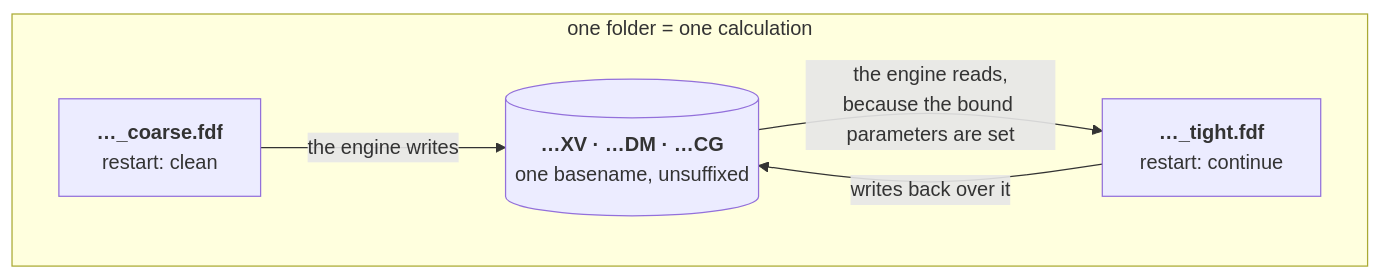
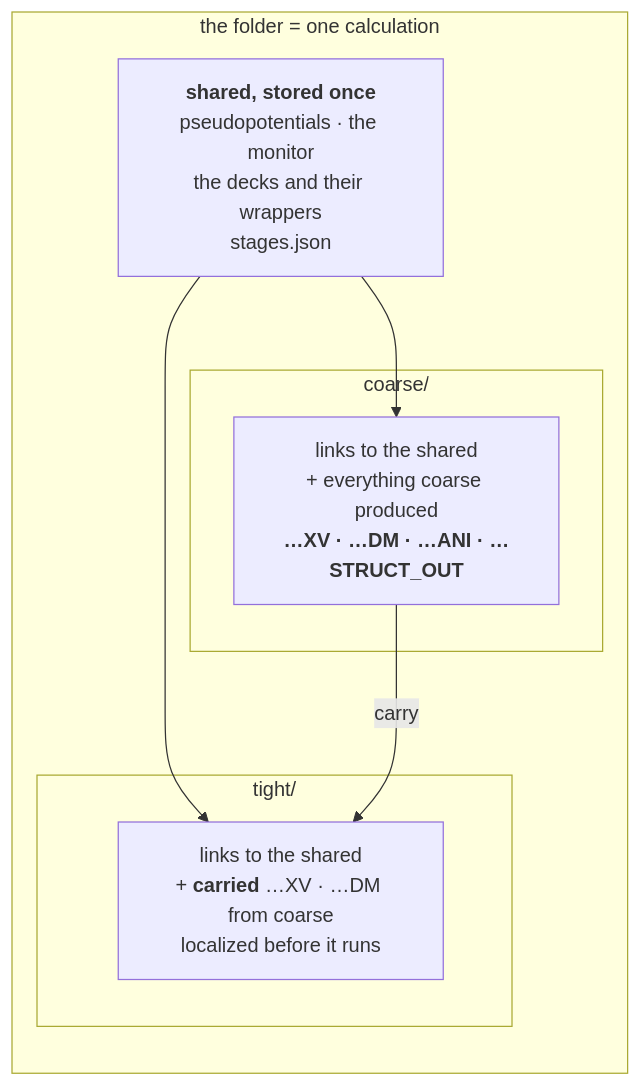
One commit to Qing-LAB/molbuilder changed the first of 2 diagrams in docs/web/staged-runs-architecture.md. Above: the diagram before and after it, drawn with Mermaid. The commit also changed other lines of this file and 3 other files, not shown here.

````diff
--- a/docs/web/staged-runs-architecture.md
+++ b/docs/web/staged-runs-architecture.md
@@ -95,12 +96,16 @@
 ```mermaid
-flowchart LR
-    subgraph F["one folder = one calculation"]
-      direction LR
-      C["<b>…_coarse.fdf</b><br/>restart: clean"]
-      W[("<b>…XV · …DM · …CG</b><br/>one basename, unsuffixed")]
-      T["<b>…_tight.fdf</b><br/>restart: continue"]
+flowchart TB
+    subgraph P["the folder = one calculation"]
+      direction TB
+      SH["<b>shared, stored once</b><br/>pseudopotentials · the monitor<br/>the decks and their wrappers<br/>stages.json"]
+      subgraph C["coarse/"]
+        C1["links to the shared<br/>+ everything coarse produced<br/><b>…XV · …DM · …ANI · …STRUCT_OUT</b>"]
+      end
+      subgraph T["tight/"]
+        T1["links to the shared<br/>+ <b>carried</b> …XV · …DM from coarse<br/>localized before it runs"]
+      end
     end
-    C -->|"the engine writes"| W
-    W -->|"the engine reads,<br/>because the bound parameters are set"| T
-    T -->|"writes back over it"| W
+    SH --> C1
+    SH --> T1
+    C1 -->|"carry"| T1
 ```
````
